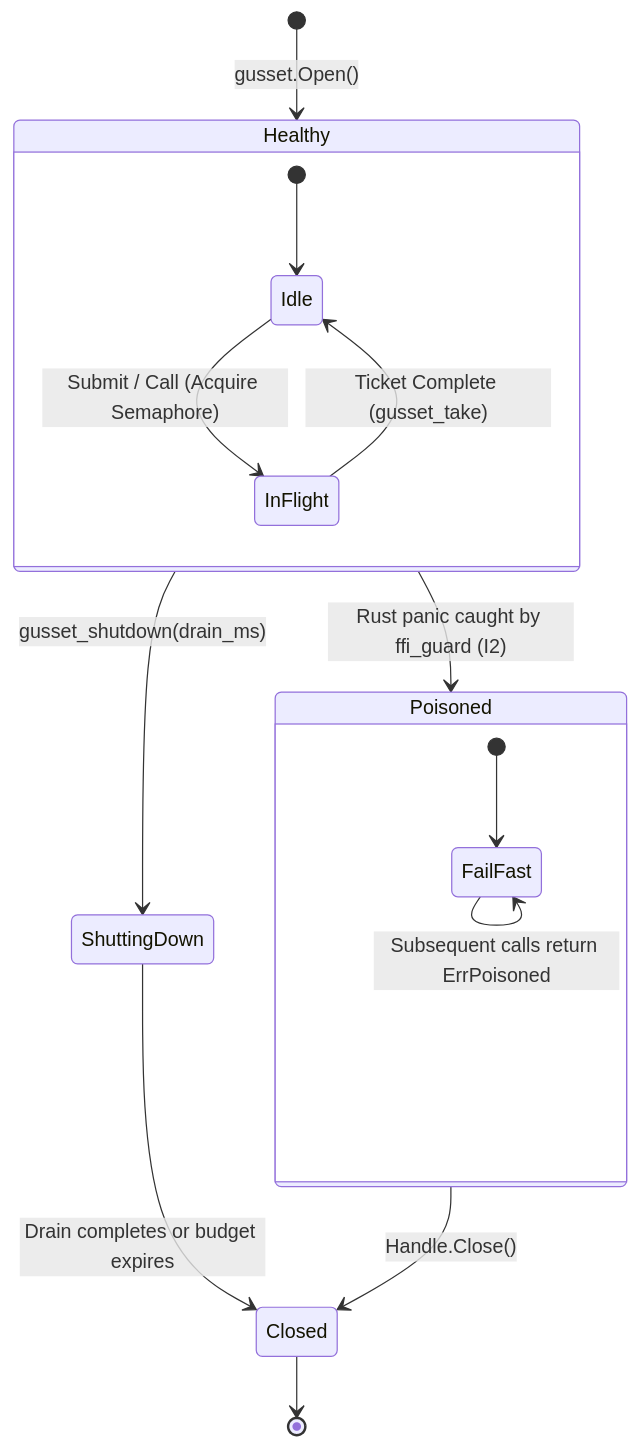
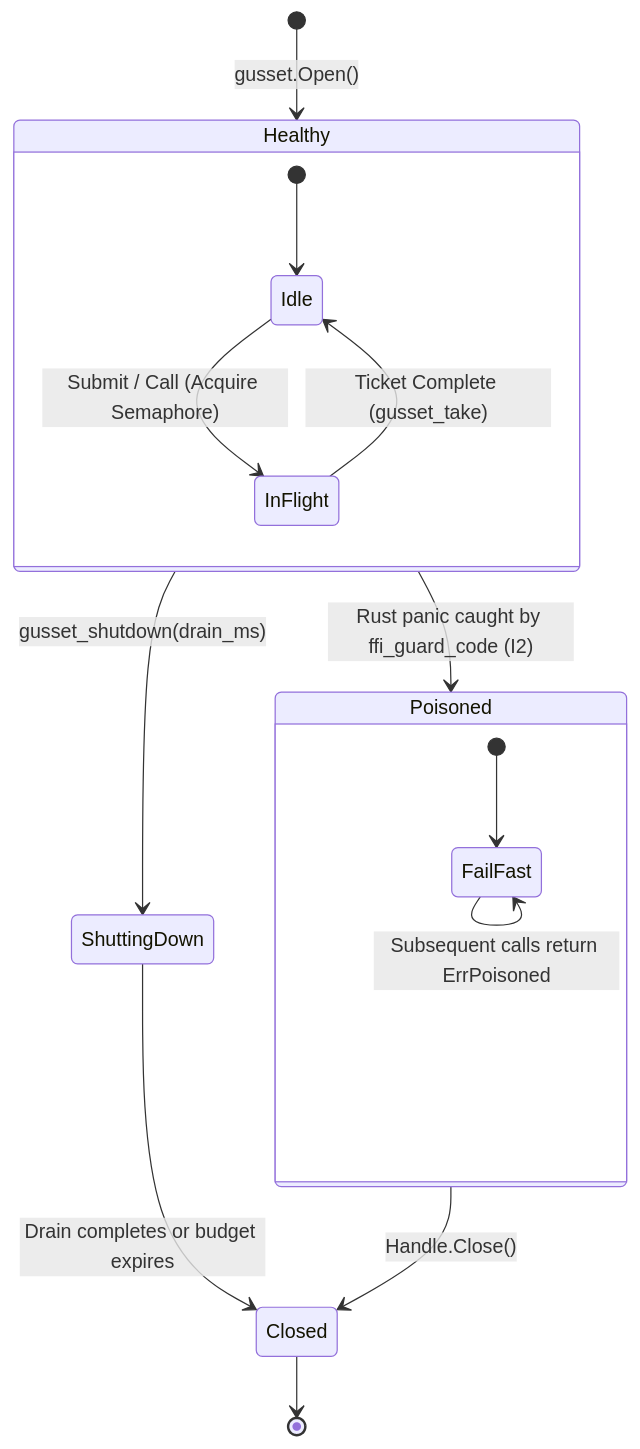
Before and after one commit to bharathvbcr/gusset: the third of 4 diagrams in README.md, drawn with Mermaid. The commit also changed other lines of this file and 5 other files, not shown here.

First line of the commit message:
docs: name ffi_guard_code where the docs named the deleted ffi_guard, protecting I2

````diff
--- a/README.md
+++ b/README.md
@@ -141,22 +141,22 @@
 ```mermaid
 stateDiagram-v2
     [*] --> Healthy: gusset.Open()
 
     state Healthy {
         [*] --> Idle
         Idle --> InFlight: Submit / Call (Acquire Semaphore)
         InFlight --> Idle: Ticket Complete (gusset_take)
     }
 
-    Healthy --> Poisoned: Rust panic caught by ffi_guard (I2)
+    Healthy --> Poisoned: Rust panic caught by ffi_guard_code (I2)
     state Poisoned {
         [*] --> FailFast
         FailFast --> FailFast: Subsequent calls return ErrPoisoned
     }
 
     Healthy --> ShuttingDown: gusset_shutdown(drain_ms)
     ShuttingDown --> Closed: Drain completes or budget expires
 
     Poisoned --> Closed: Handle.Close()
     Closed --> [*]
 ```
````
